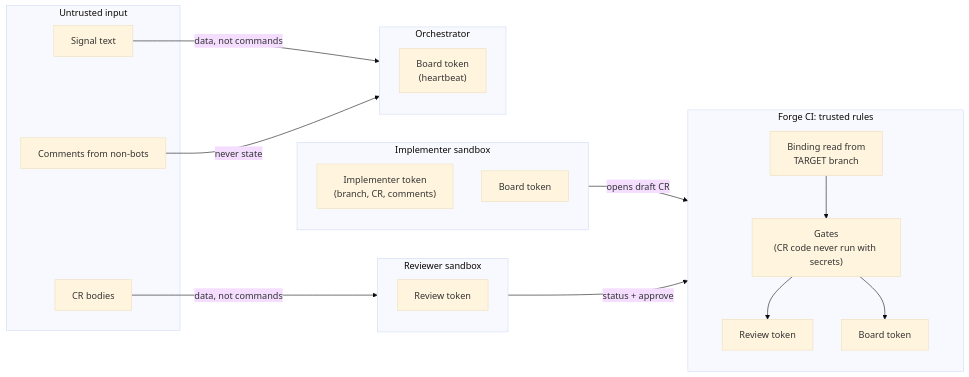
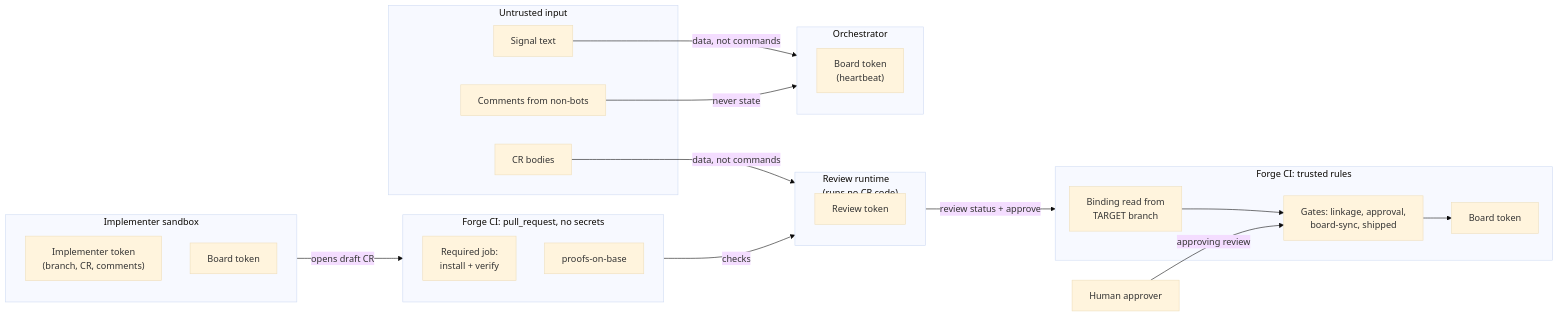
Before and after one commit to dmitriywind/agentic-sdlc: the fourth of 5 diagrams in docs/architecture/components.md, drawn with Mermaid (base theme). The commit also changed other lines of this file and 101 other files, not shown here.

````diff
--- a/docs/architecture/components.md
+++ b/docs/architecture/components.md
@@ -155,33 +153,38 @@
 ```mermaid
 flowchart LR
   subgraph U["Untrusted input"]
     U1["Signal text"]
     U2["CR bodies"]
     U3["Comments from non-bots"]
   end
+  subgraph CIN["Forge CI: pull_request, no secrets"]
+    REQ["Required job:<br/>install + verify"]
+    POB["proofs-on-base"]
+  end
   subgraph CI["Forge CI: trusted rules"]
     T["Binding read from<br/>TARGET branch"]
-    GT["Gates<br/>(CR code never run with secrets)"]
-    RT["Review token"]
+    GT["Gates: linkage, approval,<br/>board-sync, shipped"]
     BT["Board token"]
   end
   subgraph IS["Implementer sandbox"]
     IT["Implementer token<br/>(branch, CR, comments)"]
     IB["Board token"]
   end
-  subgraph RS["Reviewer sandbox"]
+  subgraph RS["Review runtime<br/>(runs no CR code)"]
     RV["Review token"]
   end
+  HU["Human approver"]
   subgraph OR["Orchestrator"]
     OB["Board token<br/>(heartbeat)"]
   end
 
   U1 -->|"data, not commands"| OR
   U2 -->|"data, not commands"| RS
   U3 -->|"never state"| OR
   T --> GT
-  GT --> RT
   GT --> BT
-  IS -->|"opens draft CR"| CI
-  RS -->|"status + approve"| CI
+  IS -->|"opens draft CR"| CIN
+  CIN -->|"checks"| RS
+  RS -->|"review status + approve"| CI
+  HU -->|"approving review"| GT
 ```
````
